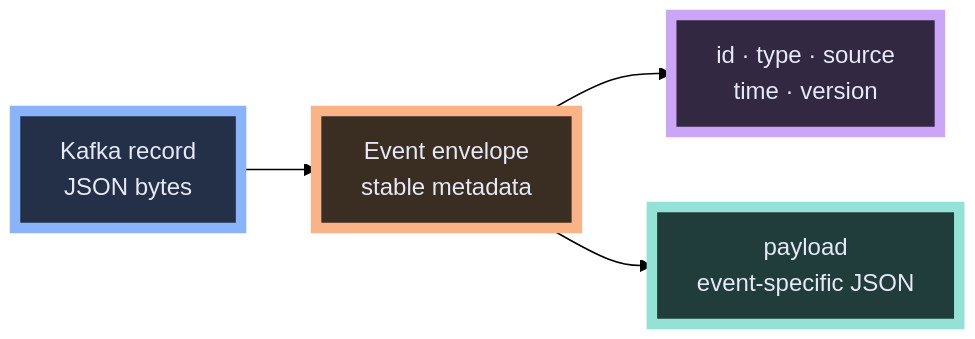
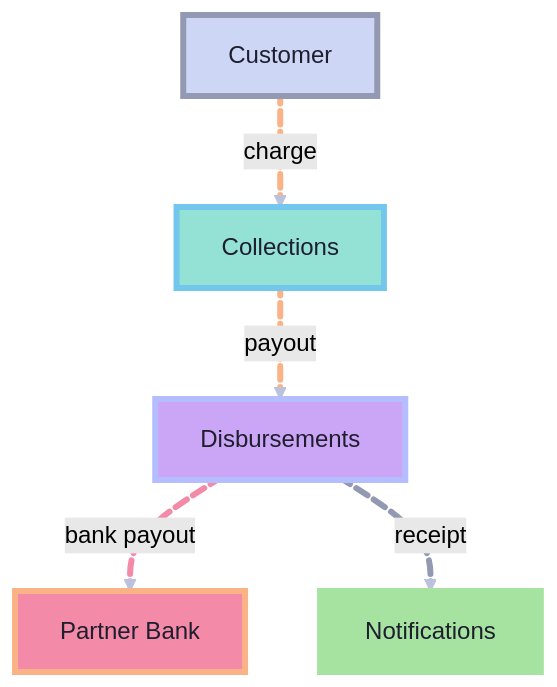
One commit to hmajid2301/blog changed the eighth of 40 diagrams in content/slides/go-labs-eda-go-kafka/slides.md. Above: the diagram before and after it, drawn with Mermaid (forest theme). The commit also changed other lines of this file and 10 other files, not shown here.

````diff
--- a/content/slides/go-labs-eda-go-kafka/slides.md
+++ b/content/slides/go-labs-eda-go-kafka/slides.md
@@ -331,16 +333,27 @@
 ```mermaid
-flowchart LR
-    RAW["Kafka record<br/>JSON bytes"] --> ENV["Event envelope<br/>stable metadata"]
-    ENV --> META["id · type · source<br/>time · version"]
-    ENV --> PAYLOAD["payload<br/>event-specific JSON"]
+flowchart TD
+    U["Customer"] charge@-->|"charge"| COL["Collections"]
+    COL payout@-->|"payout"| DIS["Disbursements"]
+    DIS bankCall@-->|"bank payout"| BANK["Partner Bank"]
+    DIS receipt@-->|"receipt"| NOTIF["Notifications"]
+    charge@{ animation: slow }
+    payout@{ animation: slow }
+    bankCall@{ animation: slow }
+    receipt@{ animation: slow }
 
-    classDef raw fill:#243047,stroke:#89b4fa,stroke-width:7px,color:#e6e9f7;
-    classDef env fill:#3a2d22,stroke:#fab387,stroke-width:7px,color:#e6e9f7;
-    classDef meta fill:#322842,stroke:#cba6f7,stroke-width:7px,color:#e6e9f7;
-    classDef payload fill:#213d3b,stroke:#94e2d5,stroke-width:7px,color:#e6e9f7;
+    classDef client fill:#cdd6f4,stroke:#9399b2,stroke-width:4px,color:#1e1e2e;
+    classDef collections fill:#94e2d5,stroke:#74c7ec,stroke-width:4px,color:#1e1e2e;
+    classDef disbursements fill:#cba6f7,stroke:#b4befe,stroke-width:4px,color:#1e1e2e;
+    classDef bank fill:#f38ba8,stroke:#fab387,stroke-width:4px,color:#1e1e2e;
+    classDef notifications fill:#a6e3a1,stroke:#a6e3a1,stroke-width:4px,color:#1e1e2e;
 
-    class RAW raw;
-    class ENV env;
-    class META meta;
-    class PAYLOAD payload;
+    class U client;
+    class COL collections;
+    class DIS disbursements;
+    class BANK bank;
+    class NOTIF notifications;
+    linkStyle default stroke:#bac2de,stroke-width:4px;
+    linkStyle 2 stroke:#f38ba8,stroke-width:4px;
+    linkStyle 0,1 stroke:#fab387,stroke-width:4px;
+    linkStyle 3 stroke:#9399b2,stroke-width:4px;
 ```
````
